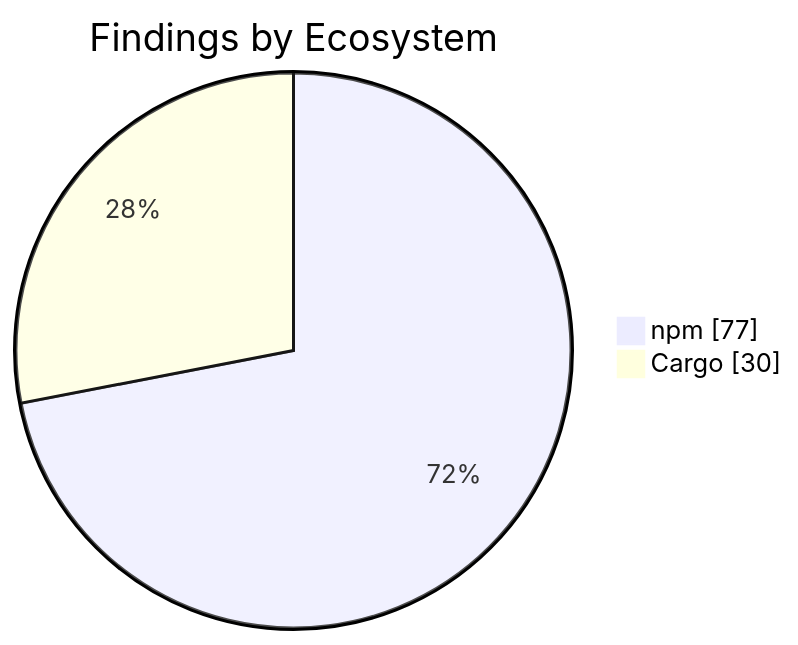
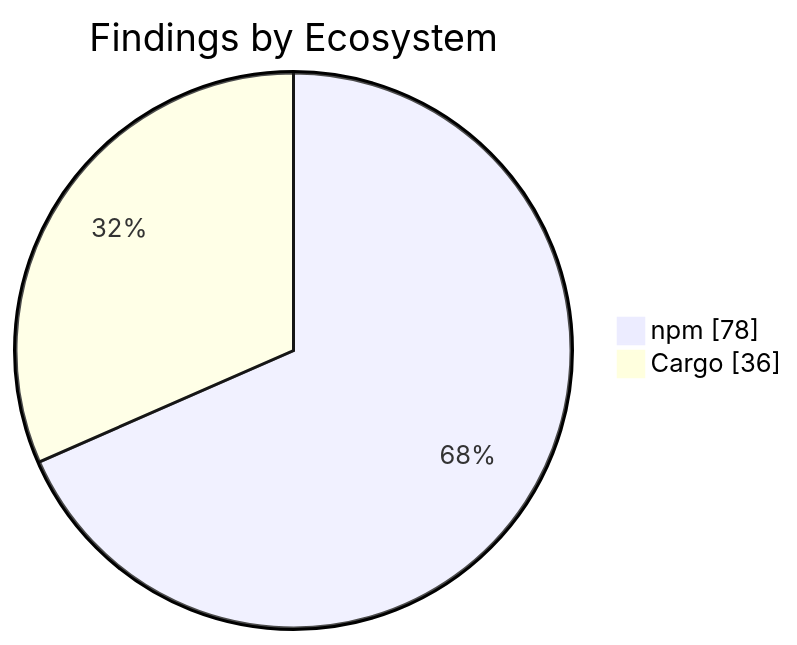
Before and after one commit to KBVE/kbve: the second of 2 diagrams in apps/kbve/astro-kbve/src/content/docs/dashboard/security.mdx, drawn with Mermaid. The commit also changed other lines of this file and 8 other files, not shown here.

````diff
--- a/apps/kbve/astro-kbve/src/content/docs/dashboard/security.mdx
+++ b/apps/kbve/astro-kbve/src/content/docs/dashboard/security.mdx
@@ -73,6 +73,6 @@
 ```mermaid
 pie showData
     title Findings by Ecosystem
-    "npm" : 77
-    "Cargo" : 30
+    "npm" : 78
+    "Cargo" : 36
 ```
````
